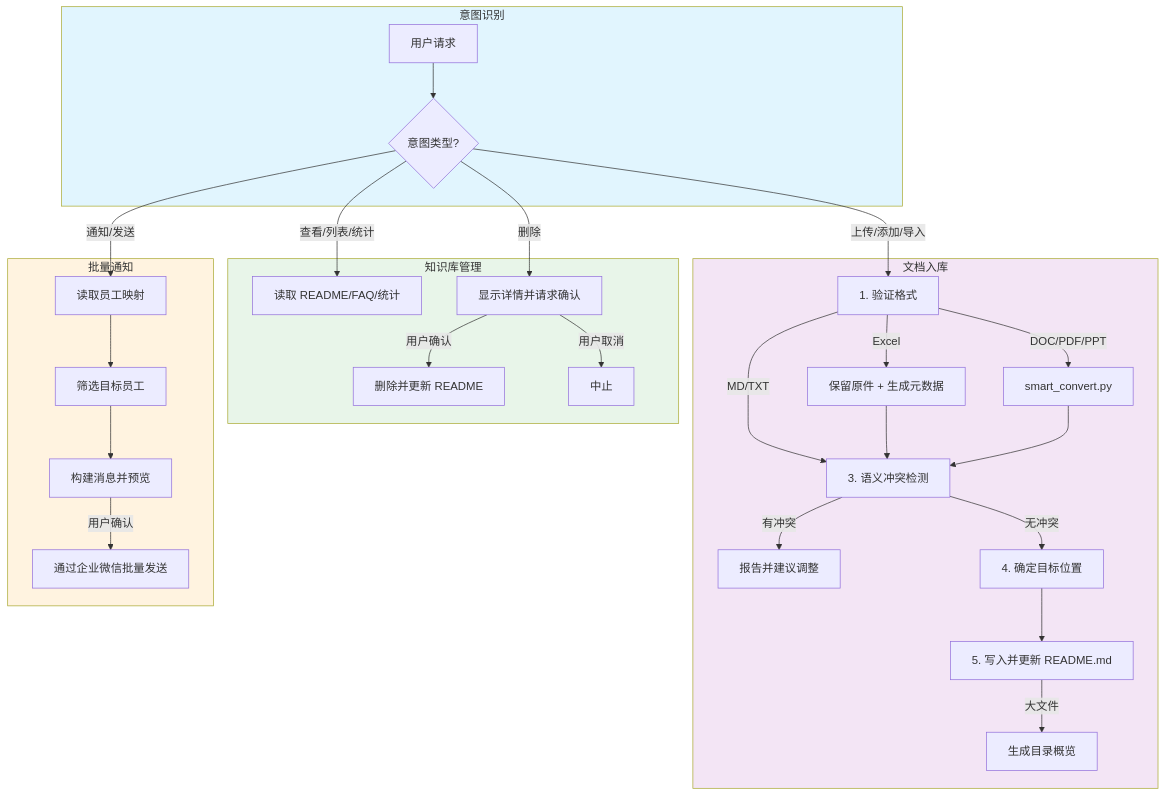
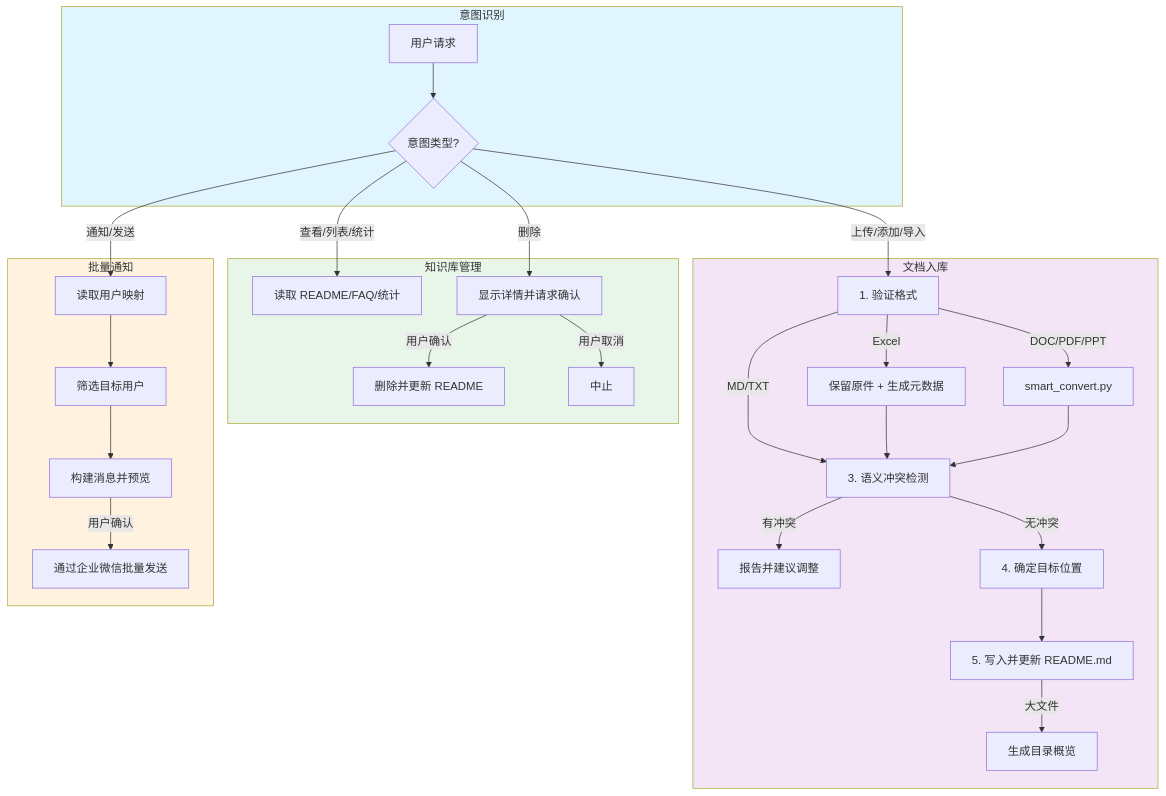
Before and after one commit to Harryoung/efka: the first of 2 diagrams in README_CN.md, drawn with Mermaid. The commit also changed other lines of this file and 41 other files, not shown here.

````diff
--- a/README_CN.md
+++ b/README_CN.md
@@ -136,38 +136,38 @@
 ```mermaid
 flowchart TD
     subgraph Intent["意图识别"]
         A[用户请求] --> B{意图类型?}
     end
 
     subgraph DocIngest["文档入库"]
         B -->|上传/添加/导入| C1[1. 验证格式]
         C1 -->|MD/TXT| C3
         C1 -->|Excel| C2a[保留原件 + 生成元数据]
         C1 -->|DOC/PDF/PPT| C2b[smart_convert.py]
         C2a --> C3[3. 语义冲突检测]
         C2b --> C3
         C3 -->|有冲突| C3x[报告并建议调整]
         C3 -->|无冲突| C4[4. 确定目标位置]
         C4 --> C5[5. 写入并更新 README.md]
         C5 -->|大文件| C5a[生成目录概览]
     end
 
     subgraph KBMgmt["知识库管理"]
         B -->|查看/列表/统计| D1[读取 README/FAQ/统计]
         B -->|删除| D2[显示详情并请求确认]
         D2 -->|用户确认| D3[删除并更新 README]
         D2 -->|用户取消| D4[中止]
     end
 
     subgraph BatchNotify["批量通知"]
-        B -->|通知/发送| E1[读取员工映射]
-        E1 --> E2[筛选目标员工]
+        B -->|通知/发送| E1[读取用户映射]
+        E1 --> E2[筛选目标用户]
         E2 --> E3[构建消息并预览]
         E3 -->|用户确认| E4[通过企业微信批量发送]
     end
 
     style Intent fill:#e1f5fe
     style DocIngest fill:#f3e5f5
     style KBMgmt fill:#e8f5e9
     style BatchNotify fill:#fff3e0
 ```
````
